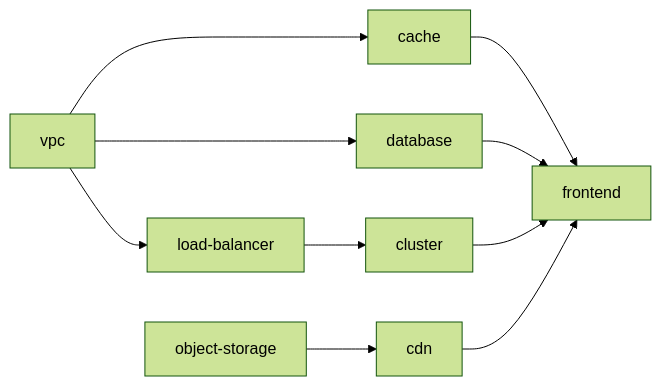
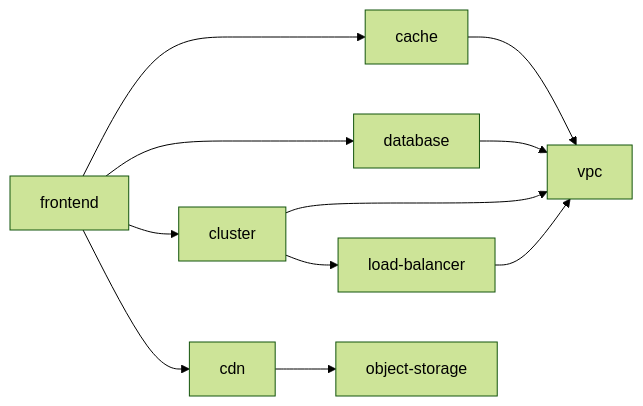
The diagram in README.md (cloudposse-examples/infra-demo-atmos-pro), drawn with Mermaid (forest theme) before and after one commit. The commit also changed 1 other file, not shown here.

Commit message:
refactor mermaid diagram

````diff
--- a/README.md
+++ b/README.md
@@ -65,12 +65,13 @@
 ```mermaid
 graph LR;
-    vpc --> cache
-    vpc --> database
-    vpc --> load-balancer
-    load-balancer --> cluster
-    object-storage --> cdn
-    cache --> frontend
-    database --> frontend
-    cluster --> frontend
-    cdn --> frontend
+    cache --> vpc
+    database --> vpc
+    load-balancer --> vpc
+    cluster --> vpc
+    cluster --> load-balancer
+    cdn --> object-storage
+    frontend --> cache
+    frontend --> database
+    frontend --> cluster
+    frontend --> cdn
 ```
````
